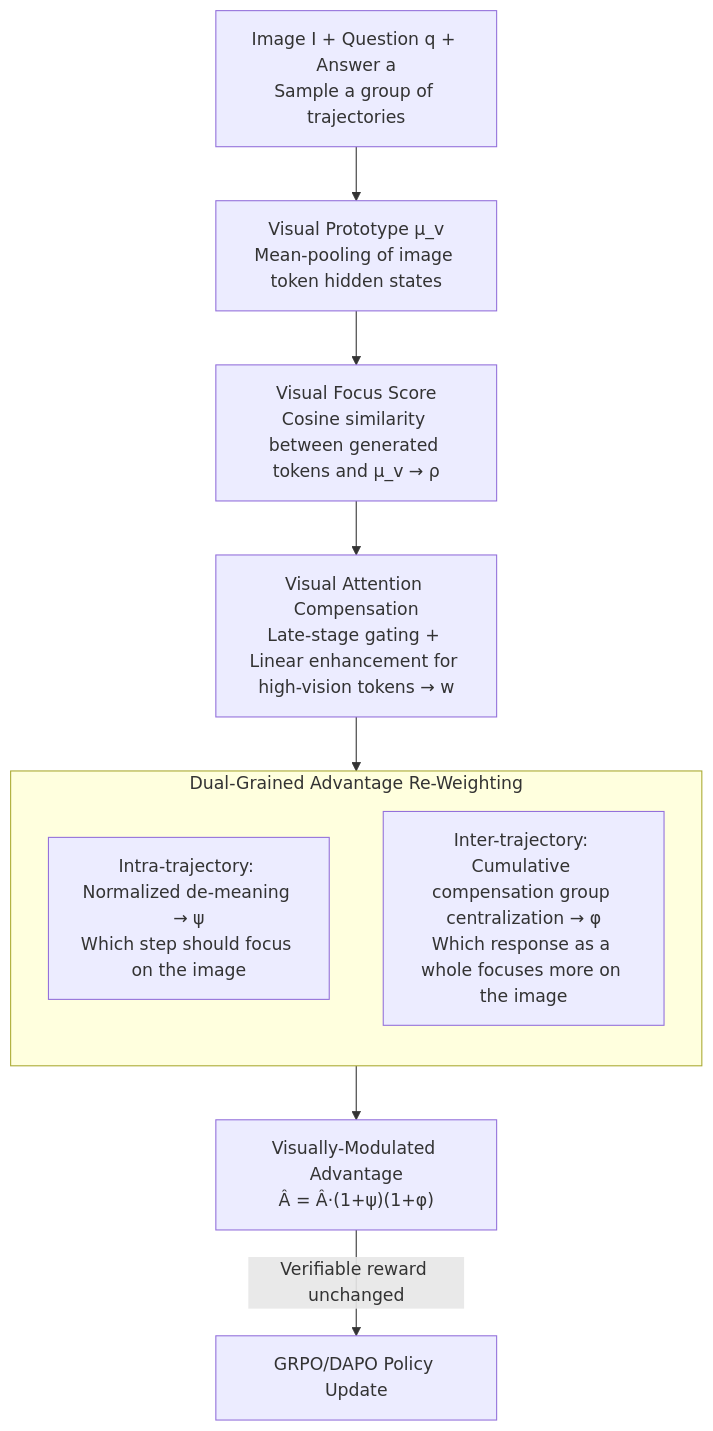
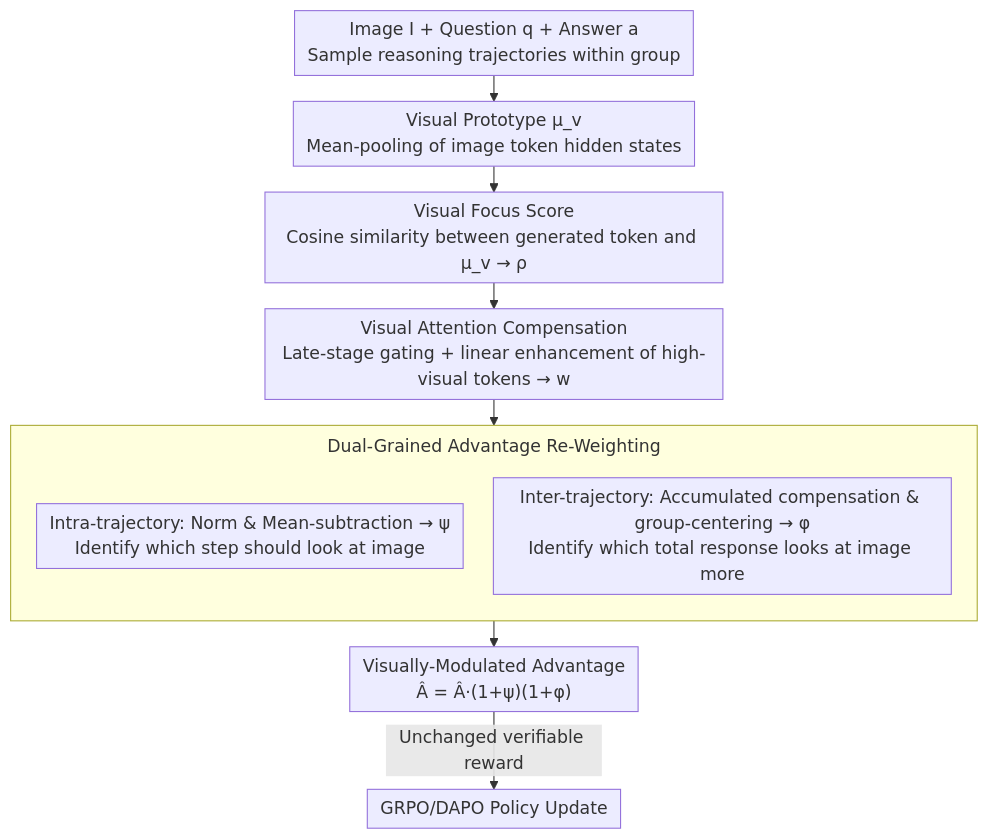
The diagram in docs/ACL2026/reinforcement_learning/visually-guided_policy_optimization_for_multimodal_reasoning.md (zhaoyang97/Paper-Notes-en), drawn with Mermaid before and after one commit. The commit also changed other lines of this file and 5084 other files, not shown here.

````diff
--- a/docs/ACL2026/reinforcement_learning/visually-guided_policy_optimization_for_multimodal_reasoning.md
+++ b/docs/ACL2026/reinforcement_learning/visually-guided_policy_optimization_for_multimodal_reasoning.md
@@ -43,14 +43,15 @@
 ```mermaid
-graph TD
-    A["Image I + Question q + Answer a<br/>Sample a group of trajectories"] --> B["Visual Prototype μ_v<br/>Mean-pooling of image token hidden states"]
-    B --> C["Visual Focus Score<br/>Cosine similarity between generated tokens and μ_v → ρ"]
-    C --> D["Visual Attention Compensation<br/>Late-stage gating + Linear enhancement for high-vision tokens → w"]
+%%{init: {'flowchart': {'rankSpacing': 24, 'nodeSpacing': 28, 'padding': 6, 'wrappingWidth': 400, 'subGraphTitleMargin': {'top': 8, 'bottom': 16}}}}%%
+flowchart TD
+    A["Image I + Question q + Answer a<br/>Sample reasoning trajectories within group"] --> B["Visual Prototype μ_v<br/>Mean-pooling of image token hidden states"]
+    B --> C["Visual Focus Score<br/>Cosine similarity between generated token and μ_v → ρ"]
+    C --> D["Visual Attention Compensation<br/>Late-stage gating + linear enhancement of high-visual tokens → w"]
     D --> E
     subgraph E["Dual-Grained Advantage Re-Weighting"]
         direction TB
-        F["Intra-trajectory: Normalized de-meaning → ψ<br/>Which step should focus on the image"] 
-        G["Inter-trajectory: Cumulative compensation group centralization → φ<br/>Which response as a whole focuses more on the image"]
+        F["Intra-trajectory: Norm & Mean-subtraction → ψ<br/>Identify which step should look at image"] 
+        G["Inter-trajectory: Accumulated compensation & group-centering → φ<br/>Identify which total response looks at image more"]
     end
     E --> H["Visually-Modulated Advantage<br/>Â = Â·(1+ψ)(1+φ)"]
-    H -->|Verifiable reward unchanged| I["GRPO/DAPO Policy Update"]
+    H -->|Unchanged verifiable reward| I["GRPO/DAPO Policy Update"]
 ```
````
